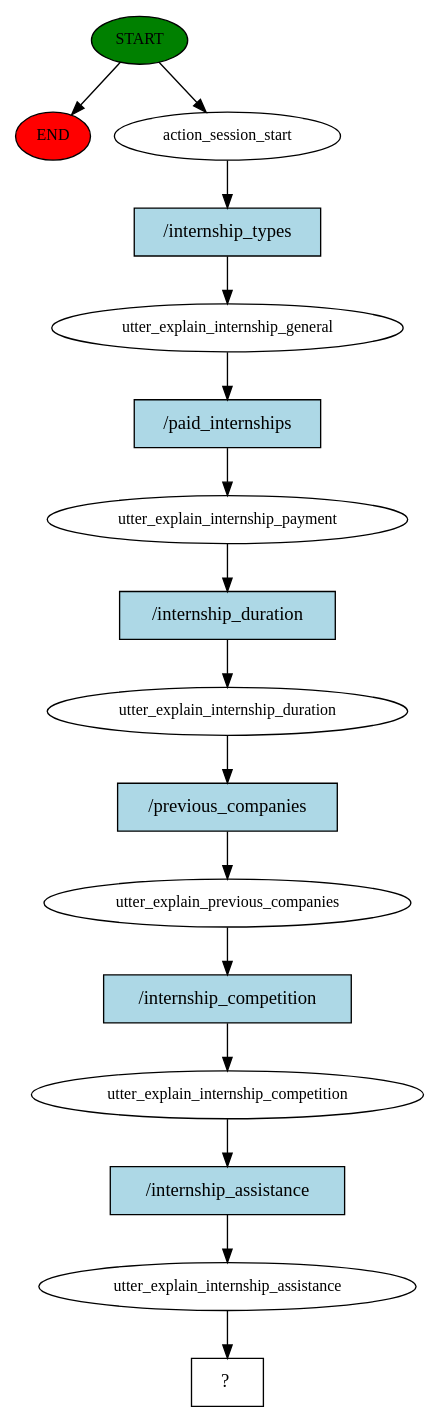
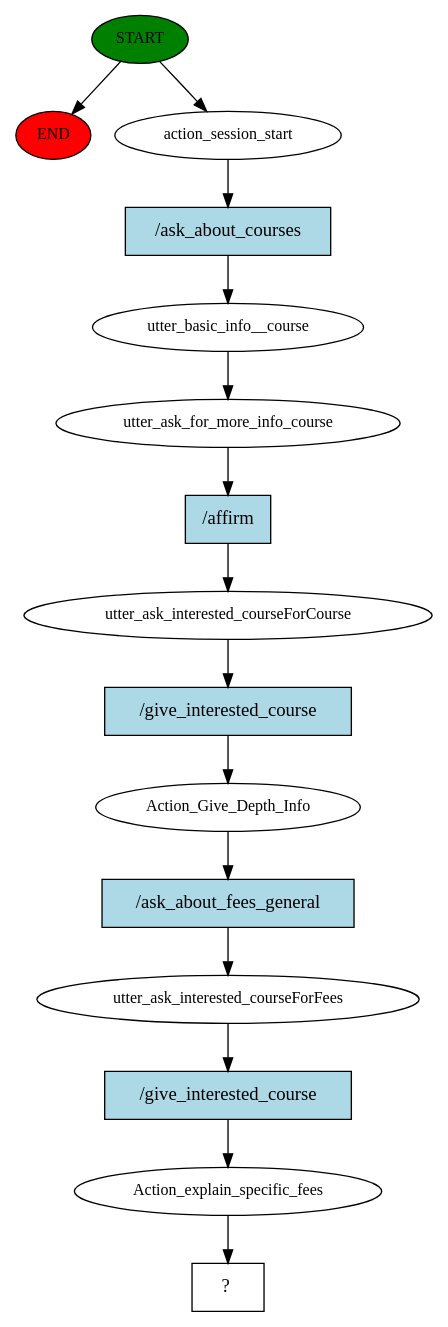
The diagram in SRETBOT1/story_graph.dot (YaeshwanthUrumaiya/SRETBOT), drawn with Graphviz before and after one commit. The commit also changed 691 other files, not shown here.

```diff
--- a/SRETBOT1/story_graph.dot
+++ b/SRETBOT1/story_graph.dot
@@ -1,33 +1,31 @@
 digraph  {
 0 [class="start active", fillcolor=green, fontsize=12, label=START, style=filled];
 "-1" [class=end, fillcolor=red, fontsize=12, label=END, style=filled];
 1 [class=active, fontsize=12, label=action_session_start];
-2 [class=active, fontsize=12, label=utter_explain_internship_general];
-3 [class=active, fontsize=12, label=utter_explain_internship_payment];
-4 [class=active, fontsize=12, label=utter_explain_internship_duration];
-5 [class=active, fontsize=12, label=utter_explain_previous_companies];
-6 [class=active, fontsize=12, label=utter_explain_internship_competition];
-7 [class=active, fontsize=12, label=utter_explain_internship_assistance];
+2 [class=active, fontsize=12, label=utter_basic_info__course];
+3 [class=active, fontsize=12, label=utter_ask_for_more_info_course];
+4 [class=active, fontsize=12, label=utter_ask_interested_courseForCourse];
+5 [class=active, fontsize=12, label=Action_Give_Depth_Info];
+6 [class=active, fontsize=12, label=utter_ask_interested_courseForFees];
+7 [class=active, fontsize=12, label=Action_explain_specific_fees];
 8 [class="intent dashed active", label="  ?  ", shape=rect];
-9 [class="intent active", fillcolor=lightblue, label="/internship_types", shape=rect, style=filled];
-10 [class="intent active", fillcolor=lightblue, label="/paid_internships", shape=rect, style=filled];
-11 [class="intent active", fillcolor=lightblue, label="/internship_duration", shape=rect, style=filled];
-12 [class="intent active", fillcolor=lightblue, label="/previous_companies", shape=rect, style=filled];
-13 [class="intent active", fillcolor=lightblue, label="/internship_competition", shape=rect, style=filled];
-14 [class="intent active", fillcolor=lightblue, label="/internship_assistance", shape=rect, style=filled];
+9 [class="intent active", fillcolor=lightblue, label="/ask_about_courses", shape=rect, style=filled];
+10 [class="intent active", fillcolor=lightblue, label="/affirm", shape=rect, style=filled];
+11 [class="intent active", fillcolor=lightblue, label="/give_interested_course", shape=rect, style=filled];
+12 [class="intent active", fillcolor=lightblue, label="/ask_about_fees_general", shape=rect, style=filled];
+13 [class="intent active", fillcolor=lightblue, label="/give_interested_course", shape=rect, style=filled];
 0 -> "-1"  [class="", key=NONE, label=""];
 0 -> 1  [class=active, key=NONE, label=""];
 1 -> 9  [class=active, key=0];
-2 -> 10  [class=active, key=0];
-3 -> 11  [class=active, key=0];
-4 -> 12  [class=active, key=0];
-5 -> 13  [class=active, key=0];
-6 -> 14  [class=active, key=0];
+2 -> 3  [class=active, key=NONE, label=""];
+3 -> 10  [class=active, key=0];
+4 -> 11  [class=active, key=0];
+5 -> 12  [class=active, key=0];
+6 -> 13  [class=active, key=0];
 7 -> 8  [class=active, key=NONE, label=""];
 9 -> 2  [class=active, key=0];
-10 -> 3  [class=active, key=0];
-11 -> 4  [class=active, key=0];
-12 -> 5  [class=active, key=0];
-13 -> 6  [class=active, key=0];
-14 -> 7  [class=active, key=0];
+10 -> 4  [class=active, key=0];
+11 -> 5  [class=active, key=0];
+12 -> 6  [class=active, key=0];
+13 -> 7  [class=active, key=0];
 }
```
